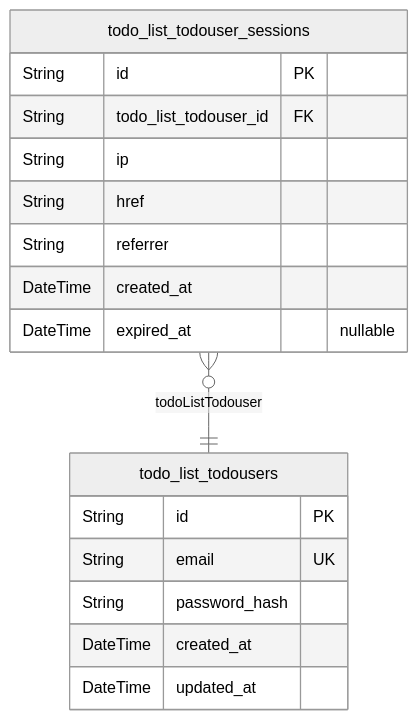
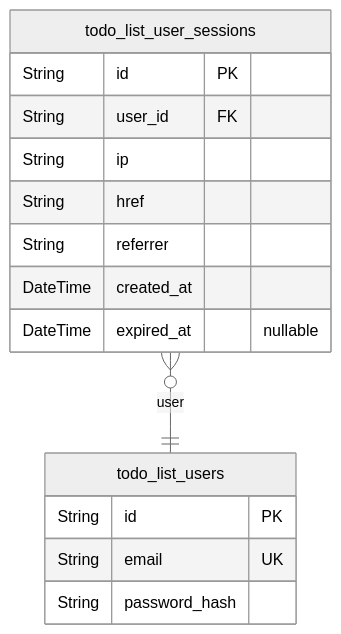
The first of 2 diagrams in openai/gpt-4.1/todo/docs/ERD.md (wrtnlabs/autobe-examples), drawn with Mermaid (neutral theme) before and after one commit. The commit also changed other lines of this file and 22498 other files, not shown here.

````diff
--- a/openai/gpt-4.1/todo/docs/ERD.md
+++ b/openai/gpt-4.1/todo/docs/ERD.md
@@ -10,20 +10,18 @@
 ```mermaid
 erDiagram
-"todo_list_todousers" {
+"todo_list_users" {
   String id PK
   String email UK
   String password_hash
-  DateTime created_at
-  DateTime updated_at
 }
-"todo_list_todouser_sessions" {
+"todo_list_user_sessions" {
   String id PK
-  String todo_list_todouser_id FK
+  String user_id FK
   String ip
   String href
   String referrer
   DateTime created_at
   DateTime expired_at "nullable"
 }
-"todo_list_todouser_sessions" }o--|| "todo_list_todousers" : todoListTodouser
+"todo_list_user_sessions" }o--|| "todo_list_users" : user
 ```
````
